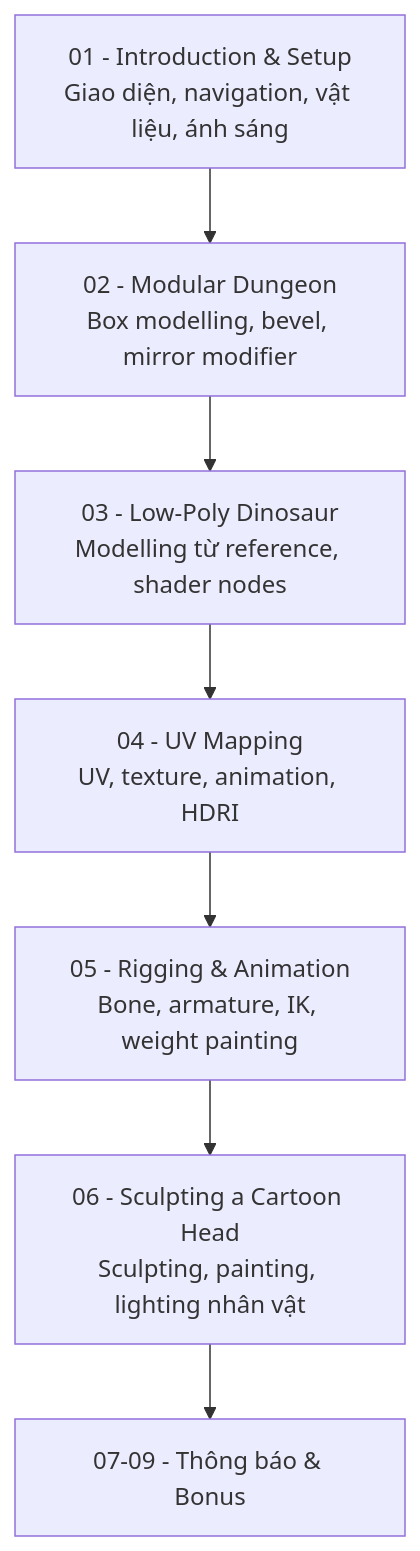
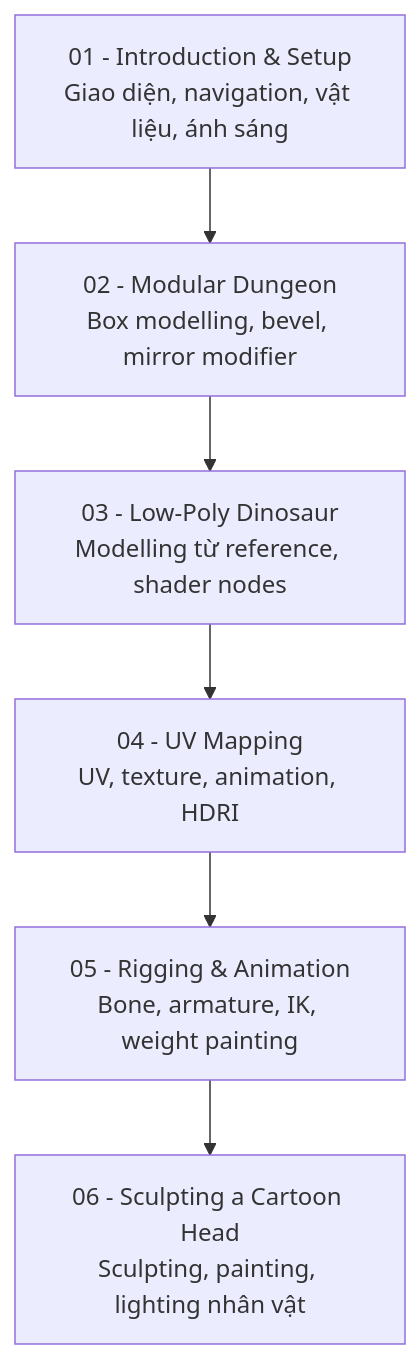
One commit to AlanKhan145/course-knowledge-base changed the diagram in complete-blender-creator-3d-modelling/Complete-Blender-Creator-3D-Modelling-Course/README.md. Above: the diagram before and after it, drawn with Mermaid. The commit also changed other lines of this file and 147 other files, not shown here.

````diff
--- a/complete-blender-creator-3d-modelling/Complete-Blender-Creator-3D-Modelling-Course/README.md
+++ b/complete-blender-creator-3d-modelling/Complete-Blender-Creator-3D-Modelling-Course/README.md
@@ -26,9 +23,8 @@
 ```mermaid
 flowchart TD
     A[01 - Introduction & Setup<br/>Giao diện, navigation, vật liệu, ánh sáng] --> B[02 - Modular Dungeon<br/>Box modelling, bevel, mirror modifier]
     B --> C[03 - Low-Poly Dinosaur<br/>Modelling từ reference, shader nodes]
     C --> D[04 - UV Mapping<br/>UV, texture, animation, HDRI]
     D --> E[05 - Rigging & Animation<br/>Bone, armature, IK, weight painting]
     E --> F[06 - Sculpting a Cartoon Head<br/>Sculpting, painting, lighting nhân vật]
-    F --> G[07-09 - Thông báo & Bonus]
 ```
````
